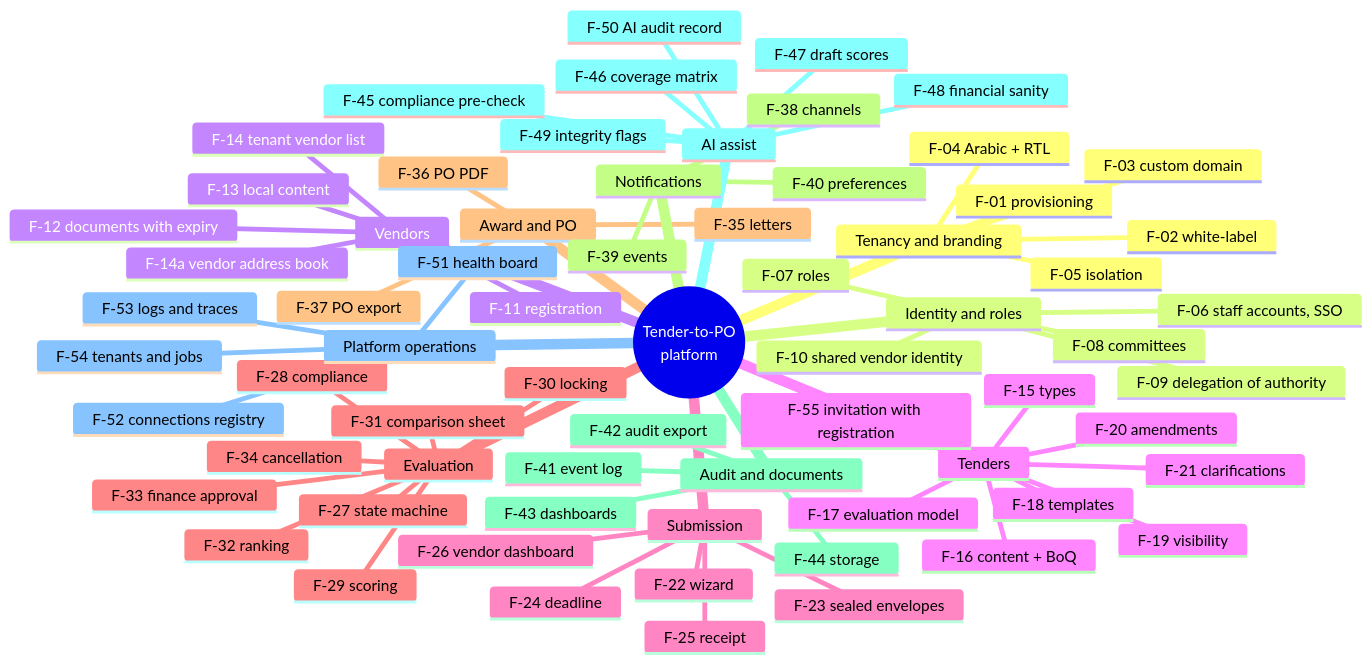
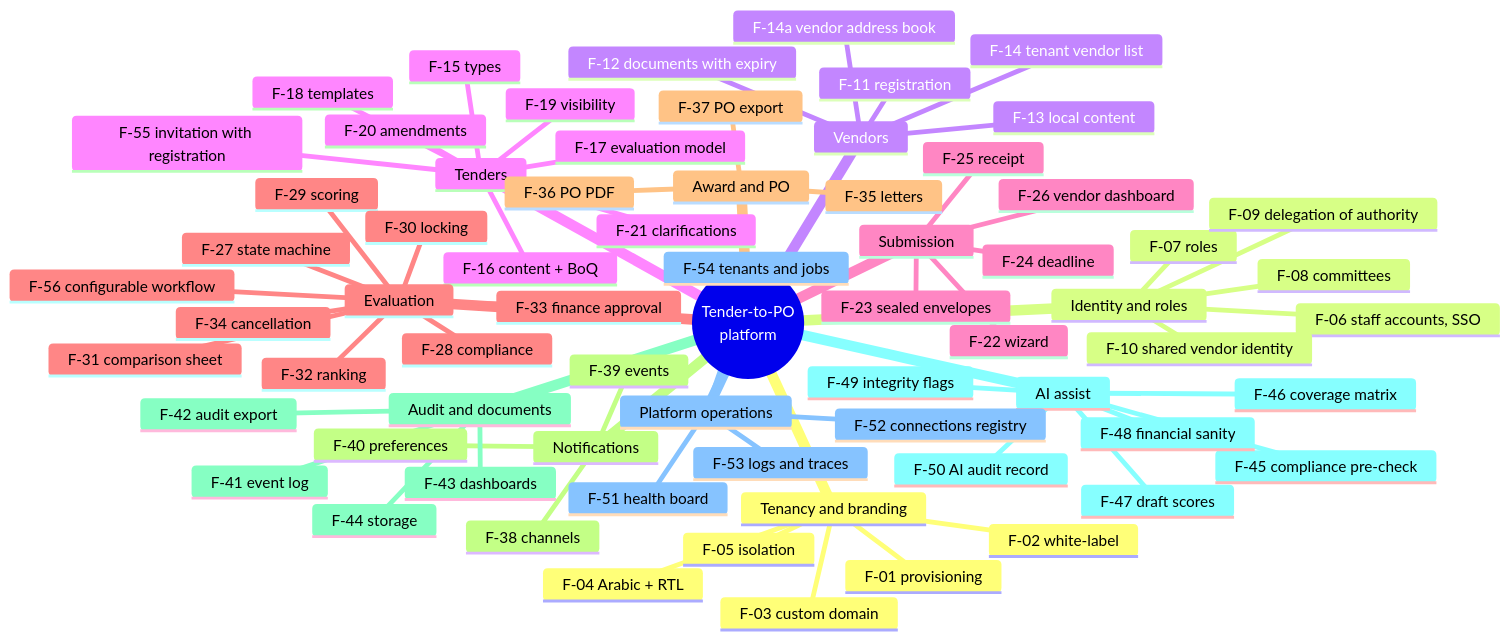
Diagram 13 of 13 in docs/03-diagrams.md (AhmedAssaf/ERP), drawn with Mermaid before and after one commit. The commit also changed other lines of this file and 8 other files, not shown here.

First line of the commit message:
ADR-0003: tenant-configurable approval workflow from day one

````diff
--- a/docs/03-diagrams.md
+++ b/docs/03-diagrams.md
@@ -484,71 +498,72 @@
 ```mermaid
 mindmap
   root((Tender-to-PO<br/>platform))
     Tenancy and branding
       F-01 provisioning
       F-02 white-label
       F-03 custom domain
       F-04 Arabic + RTL
       F-05 isolation
     Identity and roles
       F-06 staff accounts, SSO
       F-07 roles
       F-08 committees
       F-09 delegation of authority
       F-10 shared vendor identity
     Vendors
       F-11 registration
       F-12 documents with expiry
       F-13 local content
       F-14 tenant vendor list
       F-14a vendor address book
     Tenders
       F-15 types
       F-16 content + BoQ
       F-17 evaluation model
       F-18 templates
       F-19 visibility
       F-20 amendments
       F-21 clarifications
       F-55 invitation with registration
     Submission
       F-22 wizard
       F-23 sealed envelopes
       F-24 deadline
       F-25 receipt
       F-26 vendor dashboard
     Evaluation
       F-27 state machine
+      F-56 configurable workflow
       F-28 compliance
       F-29 scoring
       F-30 locking
       F-31 comparison sheet
       F-32 ranking
       F-33 finance approval
       F-34 cancellation
     Award and PO
       F-35 letters
       F-36 PO PDF
       F-37 PO export
     Notifications
       F-38 channels
       F-39 events
       F-40 preferences
     Audit and documents
       F-41 event log
       F-42 audit export
       F-43 dashboards
       F-44 storage
     AI assist
       F-45 compliance pre-check
       F-46 coverage matrix
       F-47 draft scores
       F-48 financial sanity
       F-49 integrity flags
       F-50 AI audit record
     Platform operations
       F-51 health board
       F-52 connections registry
       F-53 logs and traces
       F-54 tenants and jobs
 ```
````
